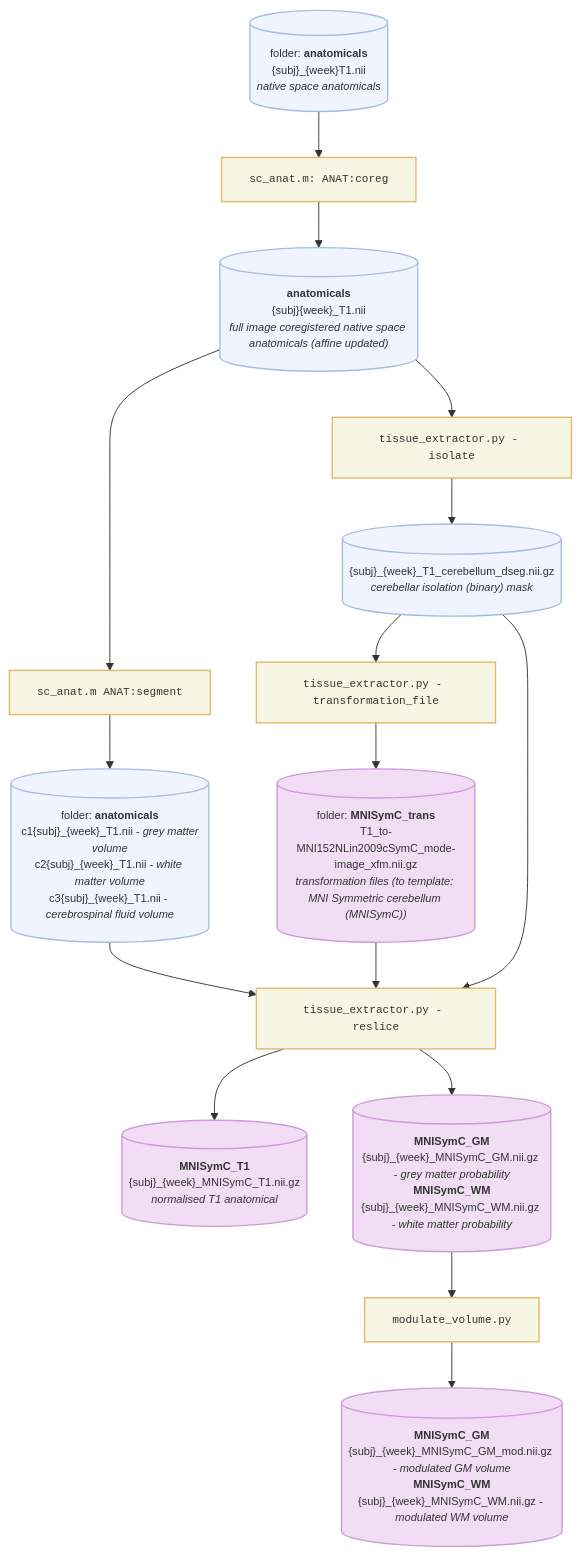
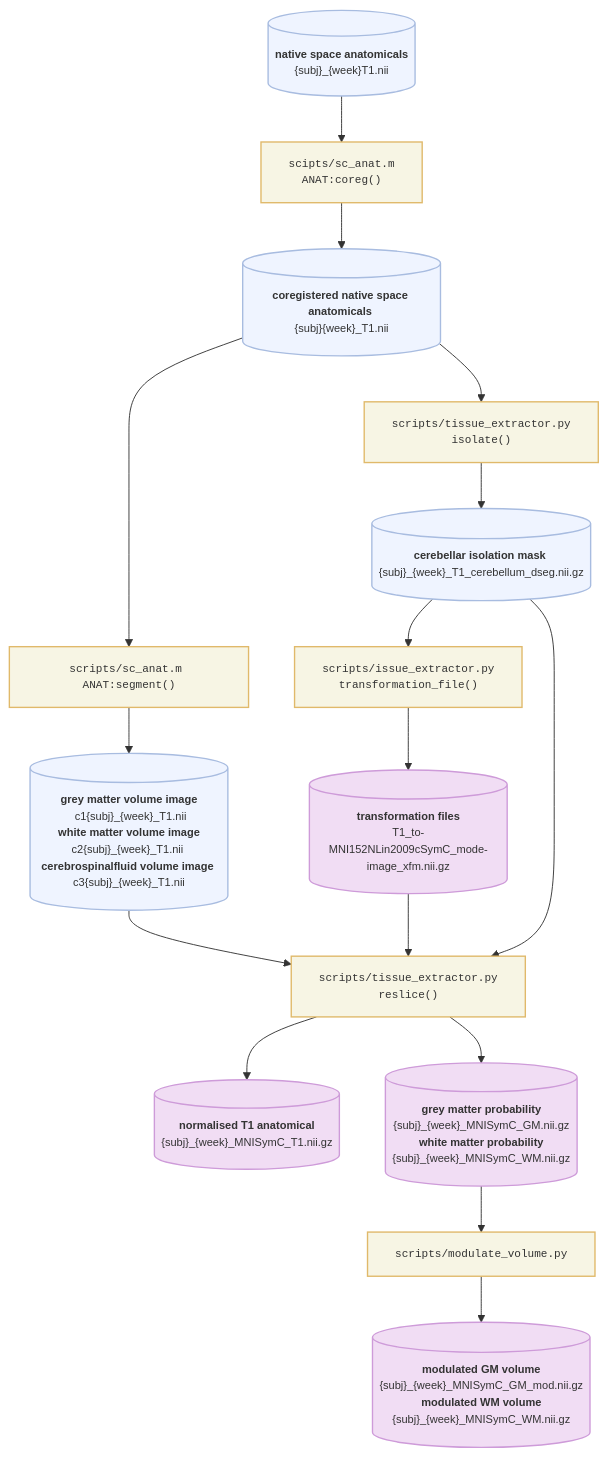
The first of 3 diagrams in README.md (medhakp/smarts_cerebellum), drawn with Mermaid before and after one commit. The commit also changed other lines of this file, not shown here.

````diff
--- a/README.md
+++ b/README.md
@@ -50,34 +52,36 @@
 ```mermaid
 
 flowchart TB
-    A[("folder: <b> anatomicals</b> <br>{subj}_{week}T1.nii <br> <i>native space anatomicals</i>")] --> P1["sc_anat.m: ANAT:coreg"]
-    P1 --> B[("<b> anatomicals</b> <br>{subj}{week}_T1.nii<br><i>full image coregistered native space anatomicals (affine updated)</i>")]
-    B --> P2["sc_anat.m ANAT:segment"] & P3["tissue_extractor.py - isolate"]
-    P2 --> C[("folder: <b>anatomicals</b><br> c1{subj}_{week}_T1.nii - <i>grey matter volume</i><br>c2{subj}_{week}_T1.nii - <i>white matter volume</i><br>c3{subj}_{week}_T1.nii - <i>cerebrospinal fluid volume</i>")]
-    P3 --> D[("{subj}_{week}_T1_cerebellum_dseg.nii.gz<br><i>cerebellar isolation (binary) mask</i>")]
-    D --> P4["tissue_extractor.py - transformation_file"] & F["tissue_extractor.py - reslice"]
-    P4 --> E[("folder: <b>MNISymC_trans</b><br>T1_to-MNI152NLin2009cSymC_mode-image_xfm.nii.gz<br><i>transformation files (to template: MNI Symmetric cerebellum (MNISymC))</i>")]
+    A[("<b> native space anatomicals</b> <br>{subj}_{week}T1.nii")] --> P1["scipts/sc_anat.m <br> ANAT:coreg()"]
+    P1 --> B[("<b>coregistered native space anatomicals</b> <br>{subj}{week}_T1.nii<br>")]
+    B --> P2["scripts/sc_anat.m ANAT:segment()"] & P3["scripts/tissue_extractor.py <br> isolate()"]
+    P2 --> C[("<b>grey matter volume image</b><br> c1{subj}_{week}_T1.nii<br> <b> white matter volume image </b> c2{subj}_{week}_T1.nii <br> <b>cerebrospinalfluid volume image </b> c3{subj}_{week}_T1.nii")]
+    
+    P3 --> D[("<b>cerebellar isolation mask</b> <br>{subj}_{week}_T1_cerebellum_dseg.nii.gz<br>")]
+    D --> P4["scripts/issue_extractor.py <br> transformation_file()"] & F["scripts/tissue_extractor.py <br> reslice()"]
+    P4 --> E[("<b>transformation files</b><br>T1_to-MNI152NLin2009cSymC_mode-image_xfm.nii.gz<br>")]
     C --> F
     E --> F
-    F --> G[("<b>MNISymC_T1</b><br>{subj}_{week}_MNISymC_T1.nii.gz<br><i>normalised T1 anatomical</i>")] & H[("<b>MNISymC_GM</b><br>{subj}_{week}_MNISymC_GM.nii.gz - <i>grey matter probability</i><br><b>MNISymC_WM</b><br>{subj}_{week}_MNISymC_WM.nii.gz - <i>white matter probability</i>")]
-    H --> P5["modulate_volume.py"]
-    P5 --> I[("<b>MNISymC_GM</b><br>{subj}_{week}_MNISymC_GM_mod.nii.gz - <i>modulated GM volume</i><br><b>MNISymC_WM</b><br>{subj}_{week}_MNISymC_WM.nii.gz - <i>modulated WM volume</i>")]
+    F --> G[("<b>normalised T1 anatomical</b><br>{subj}_{week}_MNISymC_T1.nii.gz<br>")] & H[("<b>grey matter probability</b><br>{subj}_{week}_MNISymC_GM.nii.gz <br><b>white matter probability</b><br>{subj}_{week}_MNISymC_WM.nii.gz")]
+    H --> P5["scripts/modulate_volume.py"]
+    P5 --> I[("<b>modulated GM volume</b><br>{subj}_{week}_MNISymC_GM_mod.nii.gz<br><b>modulated WM volume</b><br>{subj}_{week}_MNISymC_WM.nii.gz")]
 
      A:::nativeNode
      P1:::processNode
      B:::nativeNode
      P2:::processNode
      P3:::processNode
      C:::nativeNode
      D:::nativeNode
      P4:::processNode
      F:::processNode
      E:::templateNode
      G:::templateNode
      H:::templateNode
      P5:::processNode
      I:::templateNode
     classDef nativeNode fill:#eff4ff,stroke:#a8bce0,stroke-width:1.5px,color:#333,font-family:Arial,font-size:12px
     classDef templateNode fill:#f1ddf4,stroke:#ce9bd9,stroke-width:1.5px,color:#333,font-family:Arial,font-size:12px
     classDef processNode fill:#f7f5e4,stroke:#e0b96a,stroke-width:1.5px,color:#333,font-family:monospace,font-size:12px
+
 ```
````
